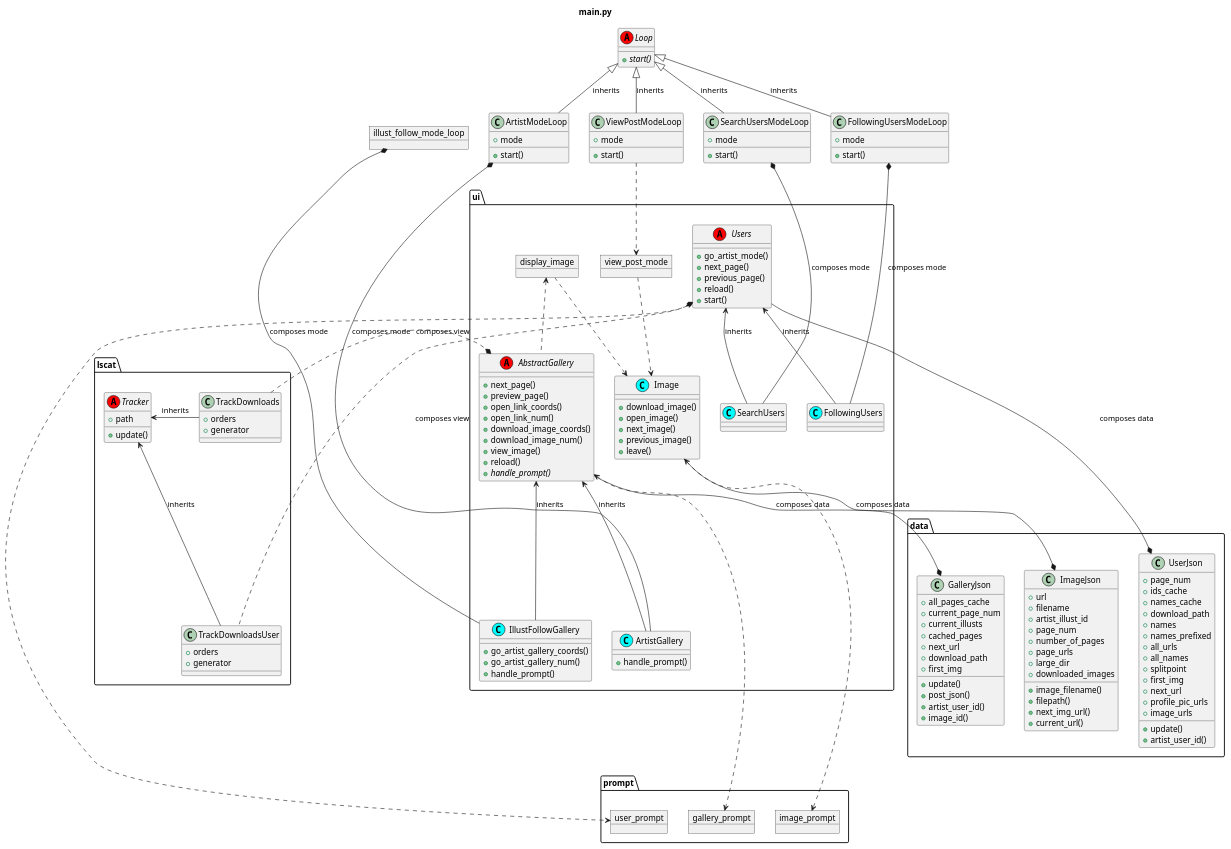
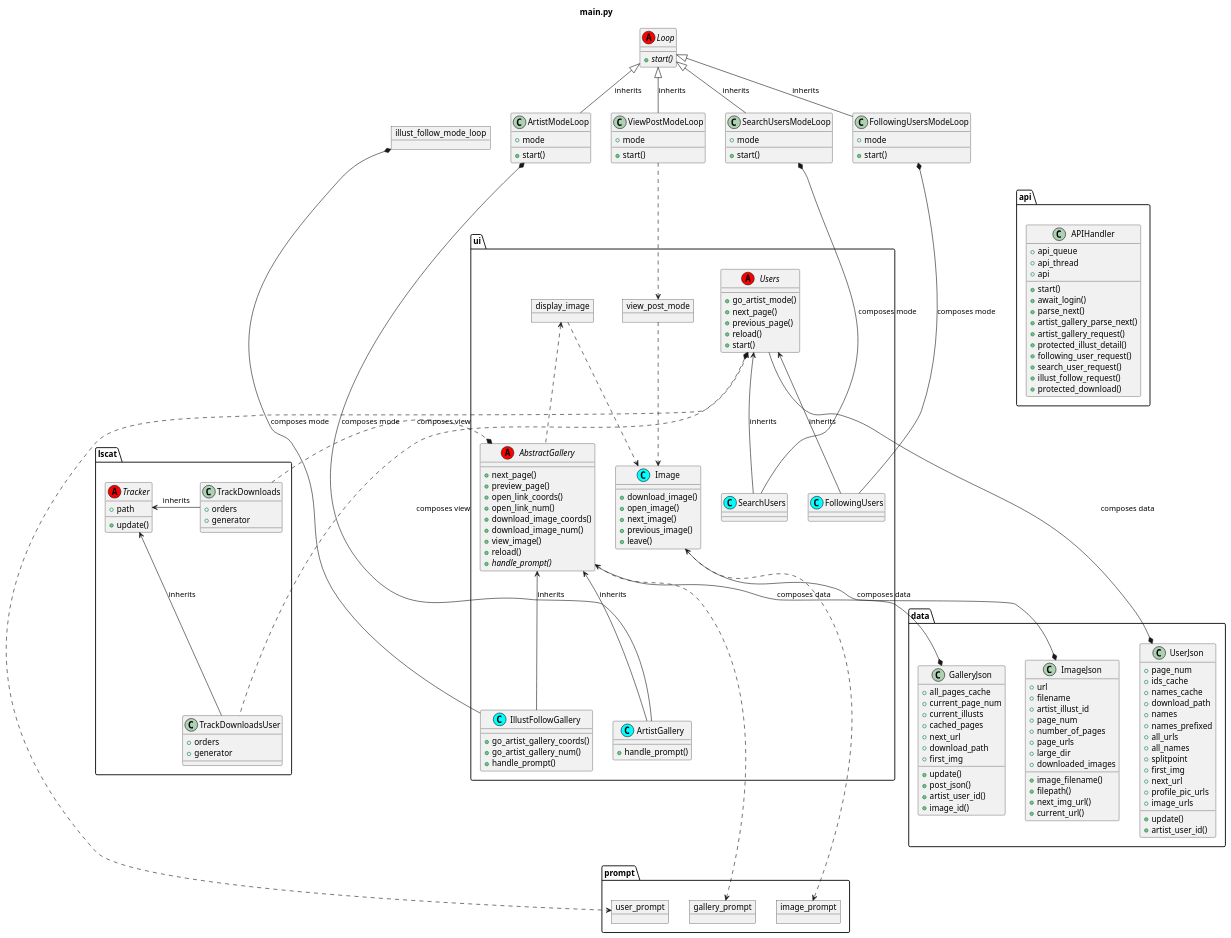
The diagram in puml/classes.puml (akazukin5151/koneko), drawn with PlantUML before and after one commit.

Commit message:
Add API class

```diff
--- a/puml/classes.puml
+++ b/puml/classes.puml
@@ -182,4 +182,23 @@
 data.ImageJson *-up- ui.Image: composes data
 data.UserJson *-up- ui.Users: composes data
 
+
+class api.APIHandler {
+    + api_queue
+    + api_thread
+    + api
+    +start()
+    +await_login()
+    +parse_next()
+    +artist_gallery_parse_next()
+    +artist_gallery_request()
+    +protected_illust_detail()
+    +following_user_request()
+    +search_user_request()
+    +illust_follow_request()
+    +protected_download()
+}
+
+api.APIHandler -right[hidden]-> ui.Users
+
 @enduml
```
